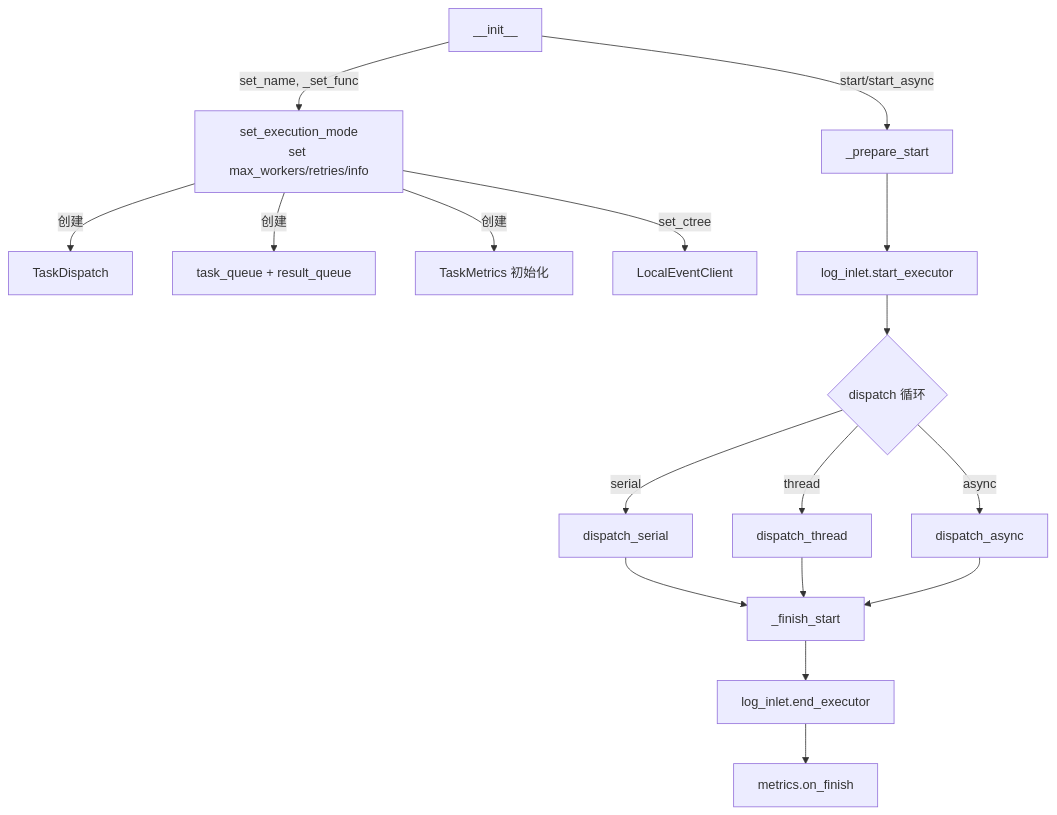
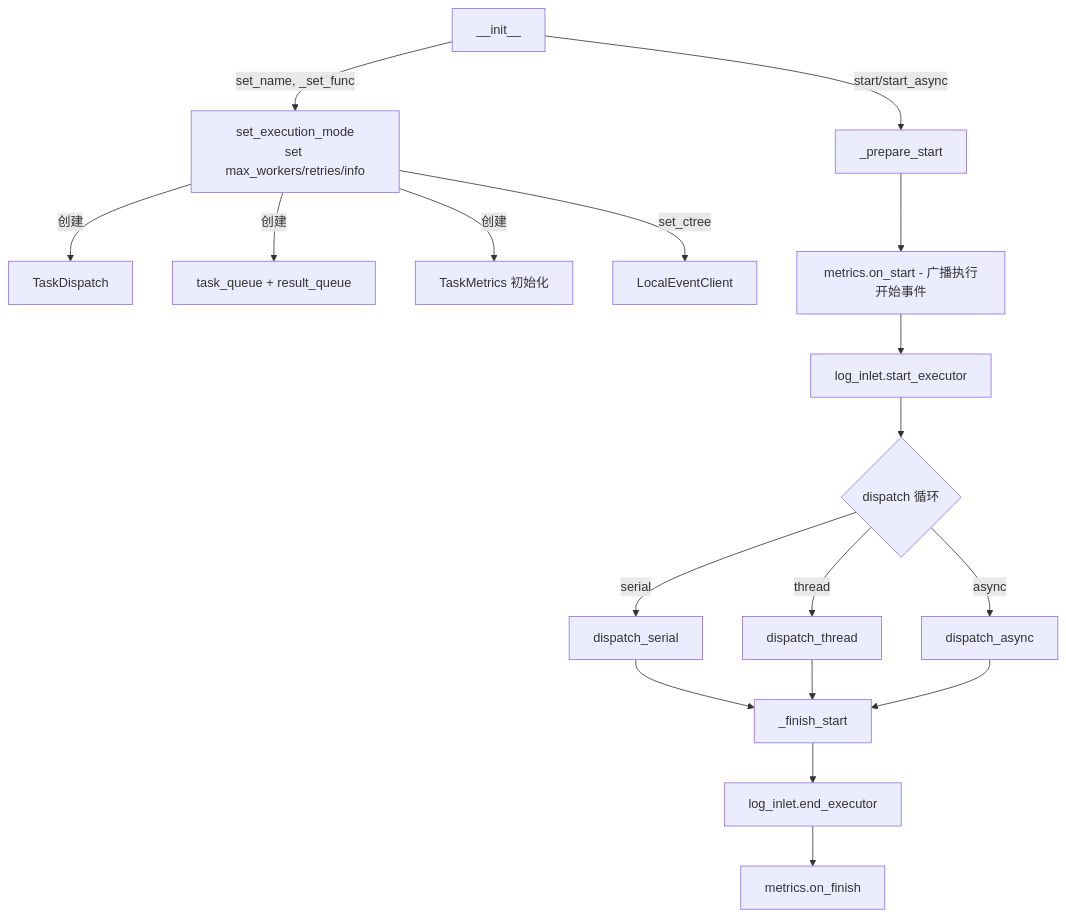
The diagram in docs/zh-CN/src/stage/core_executor.md (Mr-xiaotian/CelestialFlow), drawn with Mermaid before and after one commit. The commit also changed other lines of this file and 71 other files, not shown here.

````diff
--- a/docs/zh-CN/src/stage/core_executor.md
+++ b/docs/zh-CN/src/stage/core_executor.md
@@ -180,22 +178,23 @@
 ```mermaid
 flowchart TD
     INIT[__init__] -->|set_name, _set_func| CONFIG[set_execution_mode<br/>set max_workers/retries/info]
     CONFIG -->|创建| DISPATCH[TaskDispatch]
     CONFIG -->|创建| QUEUE[task_queue + result_queue]
     CONFIG -->|创建| METRICS[TaskMetrics 初始化]
     CONFIG -->|set_ctree| CTREE[LocalEventClient]
 
     INIT -->|start/start_async| PREPARE[_prepare_start]
-    PREPARE --> LOG_START[log_inlet.start_executor]
+    PREPARE --> METRICS_START[metrics.on_start - 广播执行开始事件]
+    METRICS_START --> LOG_START[log_inlet.start_executor]
     LOG_START --> RUN{dispatch 循环}
     RUN -->|serial| SERIAL[dispatch_serial]
     RUN -->|thread| THREAD[dispatch_thread]
     RUN -->|async| ASYNC[dispatch_async]
 
     SERIAL --> FINISH[_finish_start]
     THREAD --> FINISH
     ASYNC --> FINISH
 
     FINISH --> LOG_END[log_inlet.end_executor]
     LOG_END --> METRICS_FINISH[metrics.on_finish]
 ```
````
